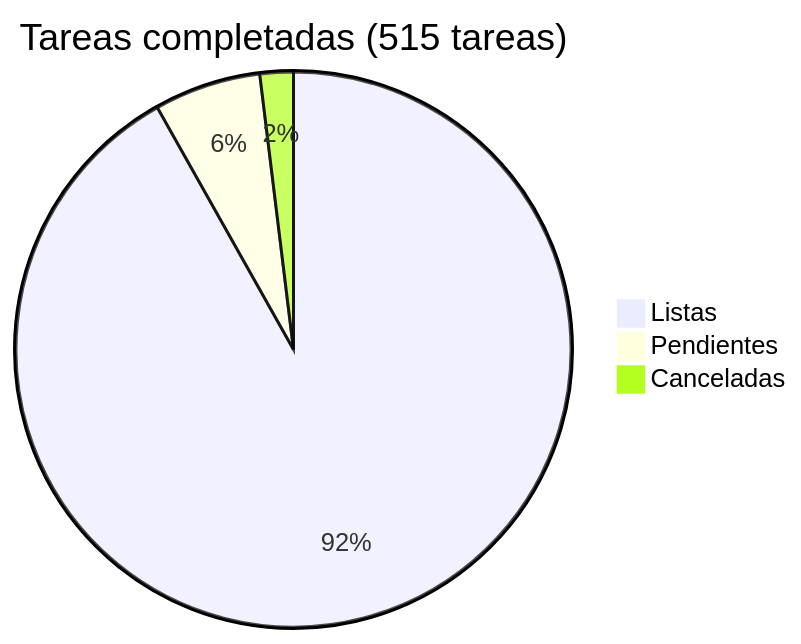
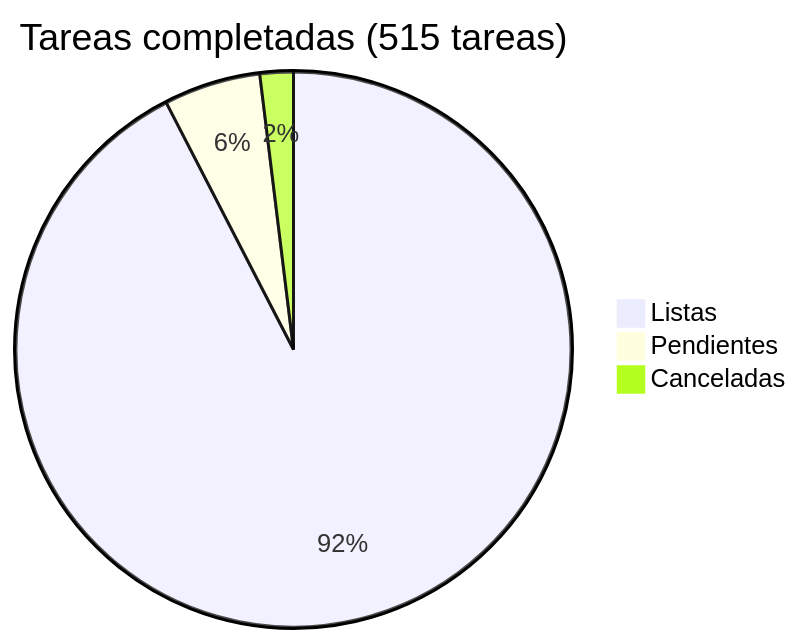
One commit to araguaney-lat/araguaney changed the diagram in docs/roadmap/README.md. Above: the diagram before and after it, drawn with Mermaid. The commit also changed other lines of this file and 1 other file, not shown here.

Commit message:
docs: close phase 29 tasks 13 to 15, the API answers on araguaney.org behind Cloudflare

````diff
--- a/docs/roadmap/README.md
+++ b/docs/roadmap/README.md
@@ -5,6 +5,6 @@
 ```mermaid
 pie title Tareas completadas (515 tareas)
-    "Listas" : 473
-    "Pendientes" : 32
+    "Listas" : 476
+    "Pendientes" : 29
     "Canceladas" : 10
 ```
````
